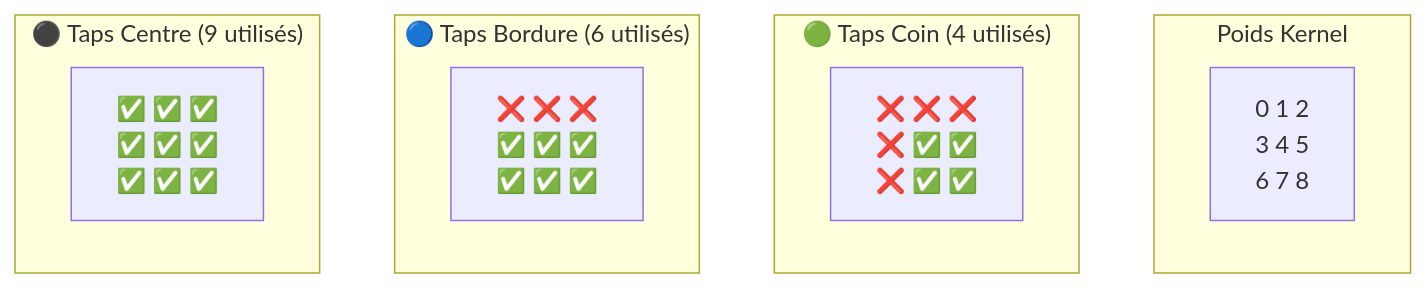
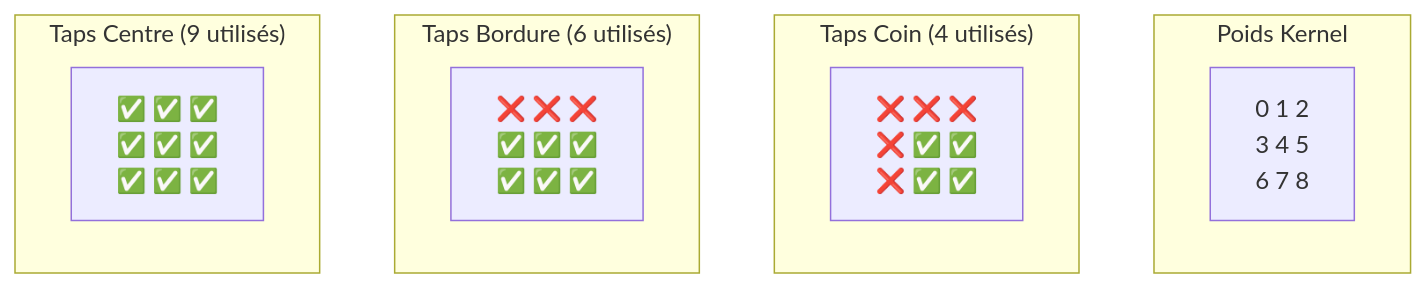
Before and after one commit to jalcim/logilib: the eighth of 14 diagrams in src/tensor/README_FR.md, drawn with Mermaid. The commit also changed other lines of this file and 1 other file, not shown here.

Commit message:
mermaid again

````diff
--- a/src/tensor/README_FR.md
+++ b/src/tensor/README_FR.md
@@ -136,19 +136,19 @@
 ```mermaid
 graph TD
     subgraph "Poids Kernel"
         K[0 1 2<br/>3 4 5<br/>6 7 8]
     end
 
-    subgraph "🟢 Taps Coin (4 utilisés)"
+    subgraph "Taps Coin (4 utilisés)"
         C[❌ ❌ ❌<br/>❌ ✅ ✅<br/>❌ ✅ ✅]
     end
 
-    subgraph "🔵 Taps Bordure (6 utilisés)"
+    subgraph "Taps Bordure (6 utilisés)"
         B[❌ ❌ ❌<br/>✅ ✅ ✅<br/>✅ ✅ ✅]
     end
 
-    subgraph "⚫ Taps Centre (9 utilisés)"
+    subgraph "Taps Centre (9 utilisés)"
         A[✅ ✅ ✅<br/>✅ ✅ ✅<br/>✅ ✅ ✅]
     end
 
 ```
````
